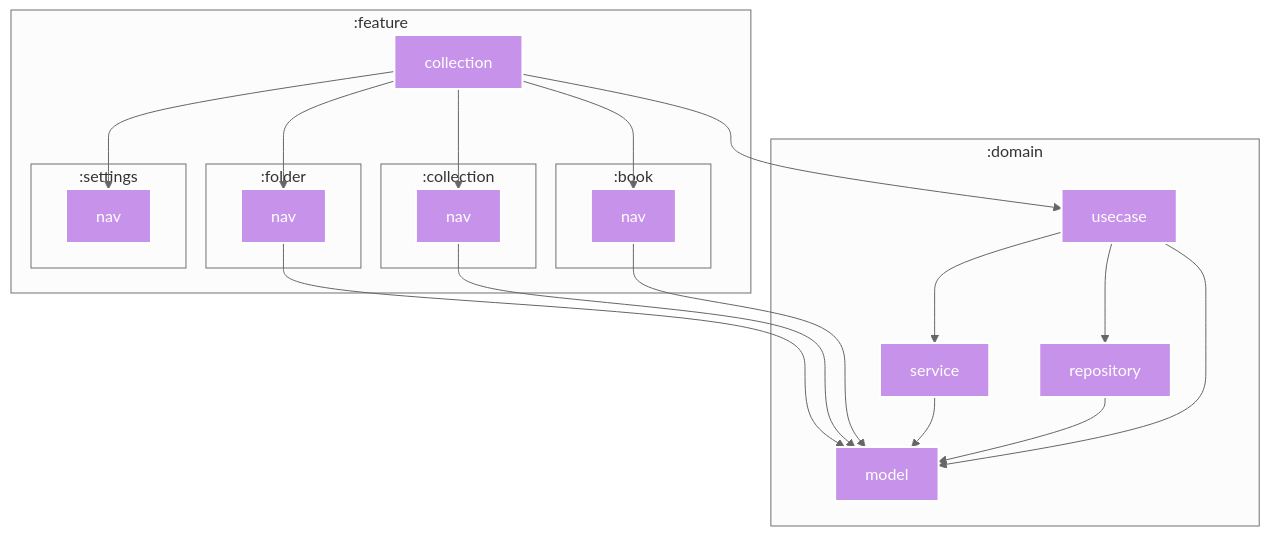
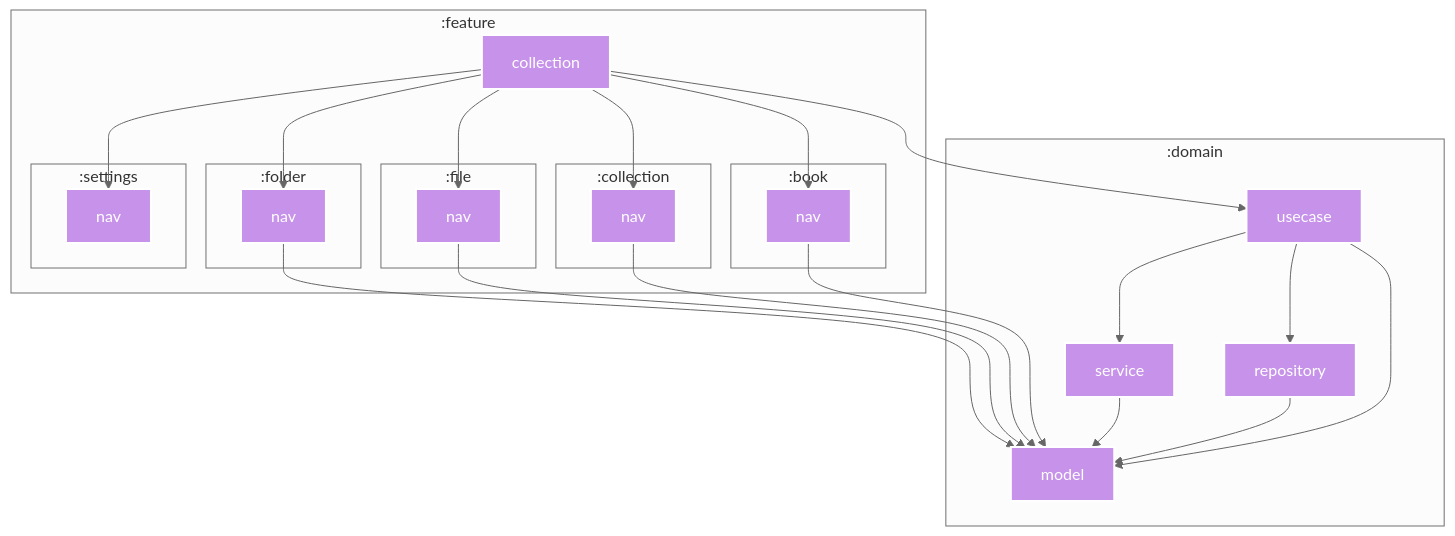
One commit to SorrowBlue/ComicViewer changed the diagram in feature/collection/README.md. Above: the diagram before and after it, drawn with Mermaid. The commit also changed 21 other files, not shown here.

First line of the commit message:
refactor: Decouple feature:file implementation from feature:file:nav (#1423)

````diff
--- a/feature/collection/README.md
+++ b/feature/collection/README.md
@@ -5,63 +5,70 @@
 ```mermaid
 %%{
   init: {
     'theme': 'neutral'
   }
 }%%
 
 graph TB
   subgraph :domain
     :domain:usecase["usecase"]
     :domain:model["model"]
     :domain:repository["repository"]
     :domain:service["service"]
     :domain:service["service"]
     :domain:model["model"]
     :domain:usecase["usecase"]
     :domain:repository["repository"]
   end
   subgraph :feature
     :feature:collection["collection"]
+    subgraph :file
+      :feature:file:nav["nav"]
+      :feature:file:nav["nav"]
+    end
     subgraph :folder
       :feature:folder:nav["nav"]
       :feature:folder:nav["nav"]
     end
     subgraph :book
       :feature:book:nav["nav"]
       :feature:book:nav["nav"]
     end
     subgraph :collection
       :feature:collection:nav["nav"]
       :feature:collection:nav["nav"]
     end
     subgraph :settings
       :feature:settings:nav["nav"]
     end
   end
 
   :domain:usecase --> :domain:model
   :domain:usecase --> :domain:repository
   :domain:usecase --> :domain:service
   :domain:service --> :domain:model
+  :feature:file:nav --> :domain:model
   :feature:folder:nav --> :domain:model
   :feature:book:nav --> :domain:model
   :feature:collection:nav --> :domain:model
   :feature:collection --> :domain:usecase
   :feature:collection --> :feature:book:nav
   :feature:collection --> :feature:collection:nav
+  :feature:collection --> :feature:file:nav
   :feature:collection --> :feature:folder:nav
   :feature:collection --> :feature:settings:nav
   :domain:repository --> :domain:model
 
 classDef kotlin-multiplatform fill:#C792EA,stroke:#fff,stroke-width:2px,color:#fff;
 class :domain:usecase kotlin-multiplatform
 class :domain:model kotlin-multiplatform
 class :domain:repository kotlin-multiplatform
 class :domain:service kotlin-multiplatform
+class :feature:file:nav kotlin-multiplatform
 class :feature:folder:nav kotlin-multiplatform
 class :feature:book:nav kotlin-multiplatform
 class :feature:collection:nav kotlin-multiplatform
 class :feature:collection kotlin-multiplatform
 class :feature:settings:nav kotlin-multiplatform
 
 ```
````
